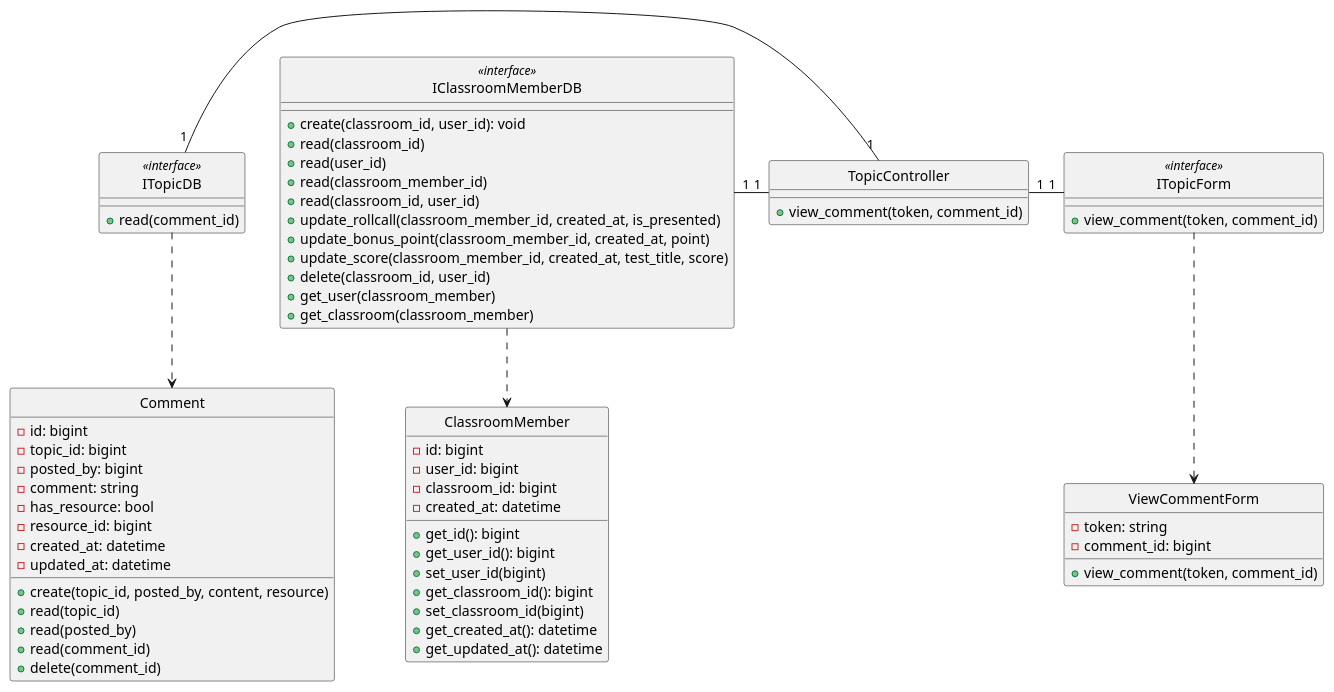
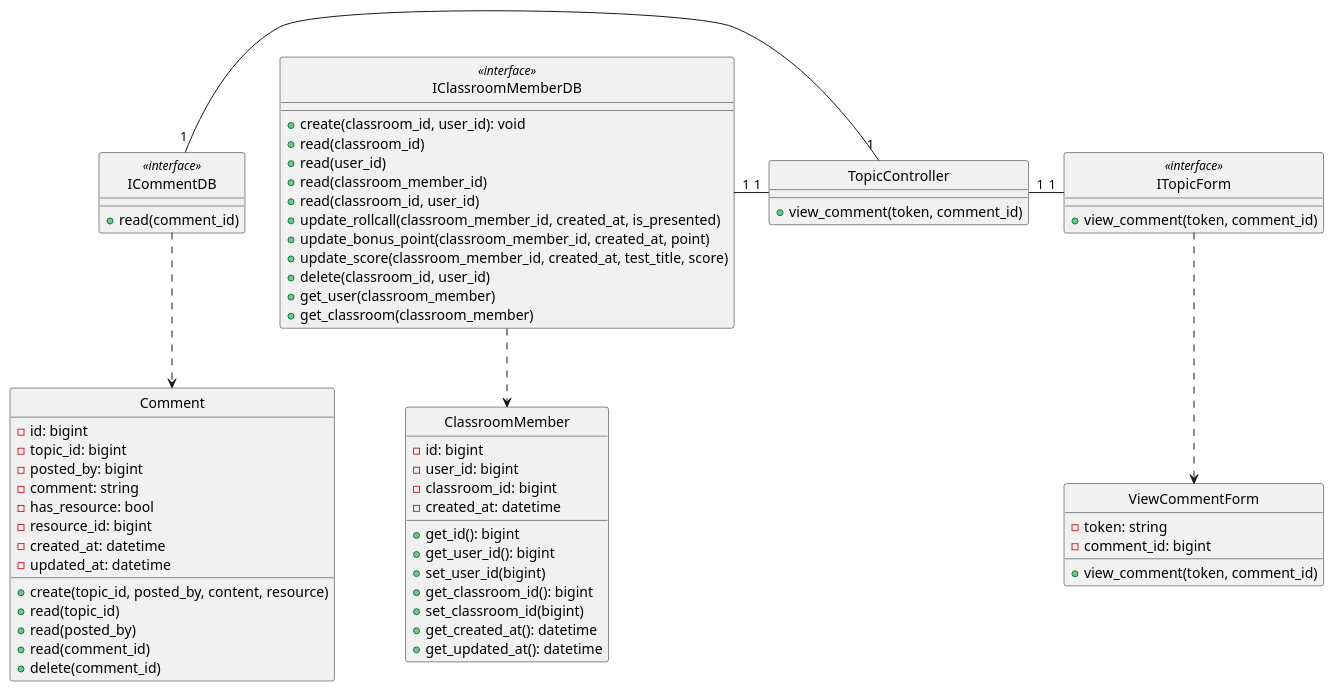
One commit to anonyhostvn/OOAD-Diagram changed the diagram in class - design/comment/viewComment.plantuml. Above: the diagram before and after it, drawn with PlantUML. The commit also changed 8 other files, not shown here.

```diff
--- a/class - design/comment/viewComment.plantuml
+++ b/class - design/comment/viewComment.plantuml
@@ -1,85 +1,85 @@
 @startuml createTopic
 
 class ViewCommentForm {
     - token: string
     - comment_id: bigint
 
     + view_comment(token, comment_id)
 }
 
 class ITopicForm <<interface>> {
     + view_comment(token, comment_id)
 }
 
 class TopicController {
     + view_comment(token, comment_id)
 }
 
 class ClassroomMember {
     - id: bigint
     - user_id: bigint
     - classroom_id: bigint
     - created_at: datetime
 
     + get_id(): bigint
     + get_user_id(): bigint
     + set_user_id(bigint)
     + get_classroom_id(): bigint
     + set_classroom_id(bigint)
     + get_created_at(): datetime
     + get_updated_at(): datetime
 }
 
 class IClassroomMemberDB <<interface>> {
     + create(classroom_id, user_id): void
     + read(classroom_id)
     + read(user_id)
     + read(classroom_member_id)
     + read(classroom_id, user_id)
     + update_rollcall(classroom_member_id, created_at, is_presented)
     + update_bonus_point(classroom_member_id, created_at, point)
     + update_score(classroom_member_id, created_at, test_title, score)
     + delete(classroom_id, user_id)
     + get_user(classroom_member)
     + get_classroom(classroom_member)
 }
 
 class Comment {
     - id: bigint
     - topic_id: bigint
     - posted_by: bigint
     - comment: string
     - has_resource: bool
     - resource_id: bigint
     - created_at: datetime
     - updated_at: datetime
 
     + create(topic_id, posted_by, content, resource)
     + read(topic_id)
     + read(posted_by)
     + read(comment_id)
     + delete(comment_id)
 }
 
-class ITopicDB <<interface>> {
+class ICommentDB <<interface>> {
     + read(comment_id)
 }
 
 hide ViewCommentForm circle
 hide ITopicForm <<interface>> circle
 hide TopicController circle
 hide IClassroomMemberDB <<interface>> circle
 hide ClassroomMember circle
-hide ITopicDB <<interface>> circle
+hide ICommentDB <<interface>> circle
 hide Comment circle 
 
 
 ITopicForm .down.> ViewCommentForm
 IClassroomMemberDB .down.> ClassroomMember
-ITopicDB .down.> Comment
+ICommentDB .down.> Comment
 ITopicForm "1"-left-"1" TopicController
 TopicController "1"-left-"1" IClassroomMemberDB
-TopicController "1"-left-"1" ITopicDB
+TopicController "1"-left-"1" ICommentDB
 
 
 @enduml
```
